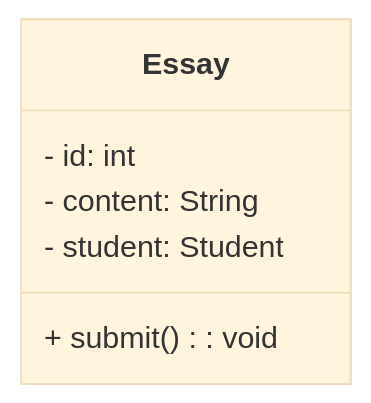
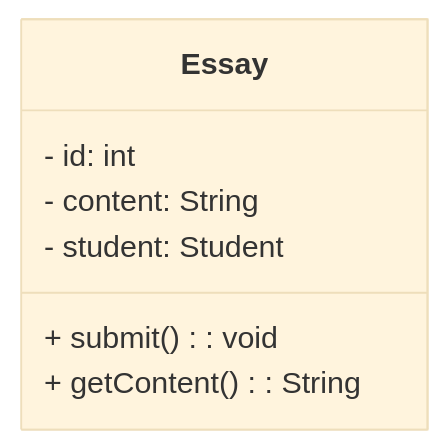
Before and after one commit to DoanNgocCuong/home: diagram 14 of 18 in 5. Software E/Project MVC.md, drawn with Mermaid (base theme). The commit also changed other lines of this file, not shown here.

````diff
--- a/5. Software E/Project MVC.md
+++ b/5. Software E/Project MVC.md
@@ -689,9 +696,10 @@
 ```mermaid
 classDiagram
     class Essay {
         - id: int
         - content: String
         - student: Student
         + submit(): void
+        + getContent(): String
     }
 ```
````
